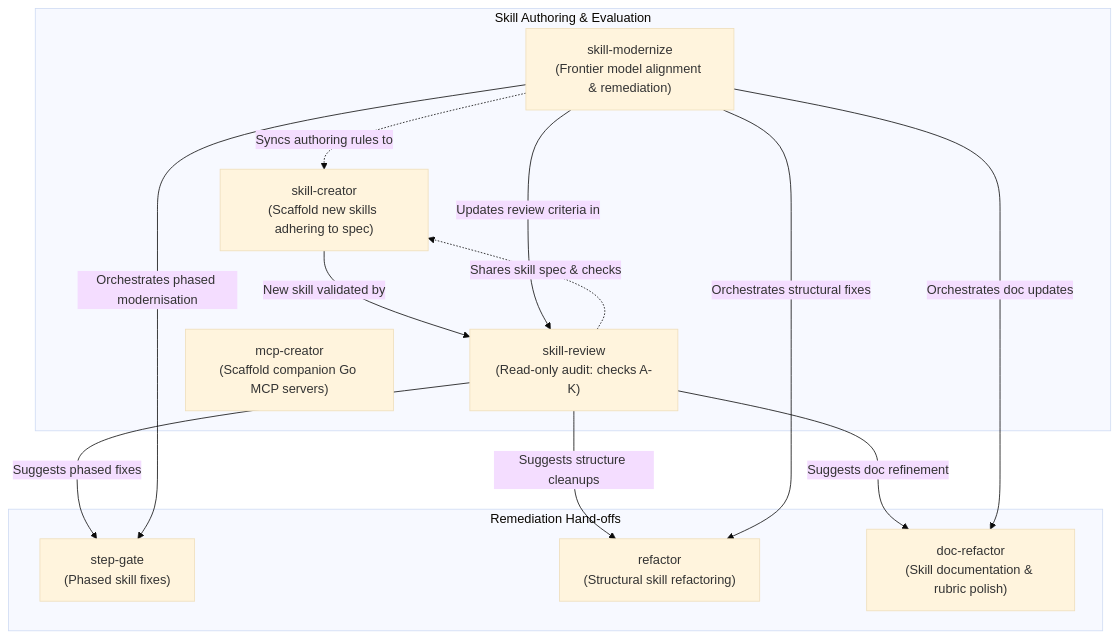
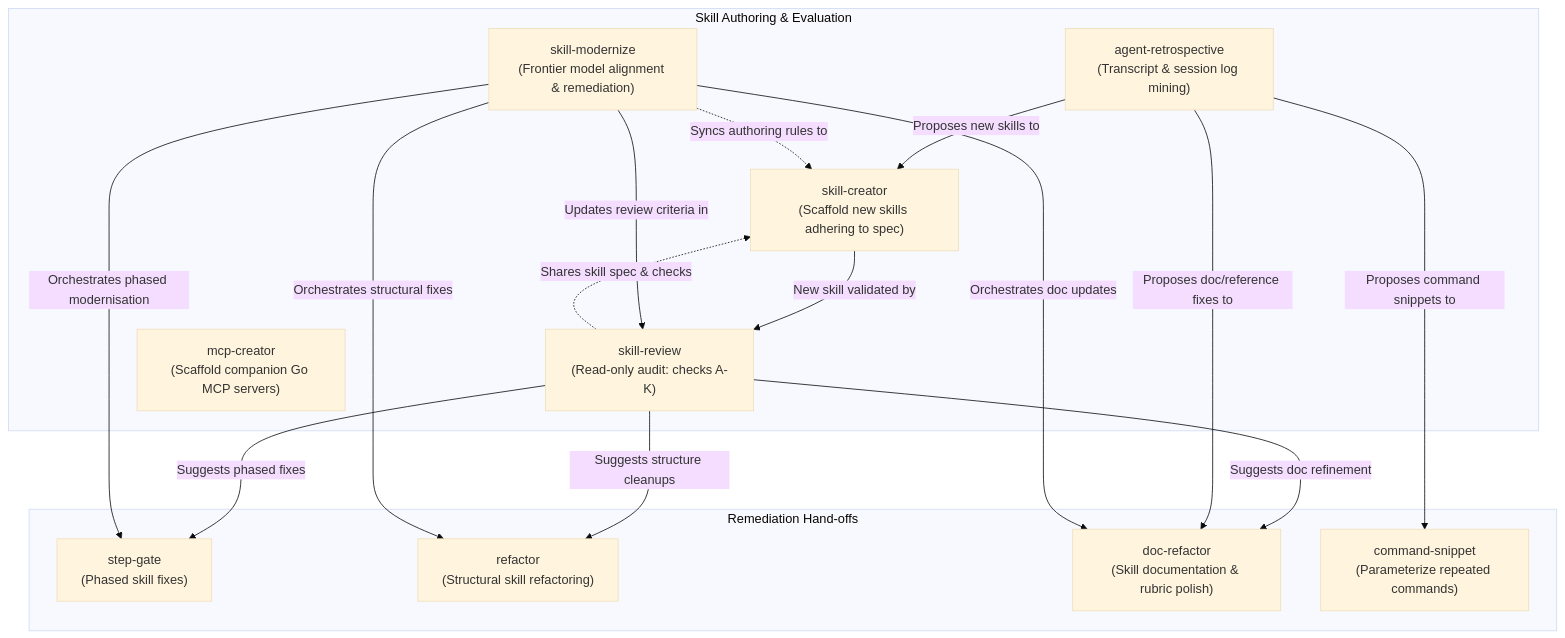
One commit to berquerant/agent-skills changed the fifth of 5 diagrams in docs/skill-interoperability.md. Above: the diagram before and after it, drawn with Mermaid (base theme). The commit also changed other lines of this file and 7 other files, not shown here.

First line of the commit message:
feat(agent-retrospective): implement agent log retrospective and workflow mining skill (#17)

````diff
--- a/docs/skill-interoperability.md
+++ b/docs/skill-interoperability.md
@@ -194,28 +194,34 @@
 ```mermaid
 flowchart TD
     subgraph MetaTools ["Skill Authoring & Evaluation"]
         SC["skill-creator<br/>(Scaffold new skills adhering to spec)"]
         SR["skill-review<br/>(Read-only audit: checks A-K)"]
         SM["skill-modernize<br/>(Frontier model alignment & remediation)"]
         MC["mcp-creator<br/>(Scaffold companion Go MCP servers)"]
+        AR["agent-retrospective<br/>(Transcript & session log mining)"]
     end
 
     subgraph FixHandoff ["Remediation Hand-offs"]
         SG["step-gate<br/>(Phased skill fixes)"]
         RF["refactor<br/>(Structural skill refactoring)"]
         DR["doc-refactor<br/>(Skill documentation & rubric polish)"]
+        CS["command-snippet<br/>(Parameterize repeated commands)"]
     end
 
     %% Connections
     SC -->|"New skill validated by"| SR
     SR -.->|"Shares skill spec & checks"| SC
     SR -->|"Suggests phased fixes"| SG
     SR -->|"Suggests structure cleanups"| RF
     SR -->|"Suggests doc refinement"| DR
 
+    AR -->|"Proposes new skills to"| SC
+    AR -->|"Proposes command snippets to"| CS
+    AR -->|"Proposes doc/reference fixes to"| DR
+
     SM -->|"Updates review criteria in"| SR
     SM -.->|"Syncs authoring rules to"| SC
     SM -->|"Orchestrates phased modernisation"| SG
     SM -->|"Orchestrates structural fixes"| RF
     SM -->|"Orchestrates doc updates"| DR
 ```
````
